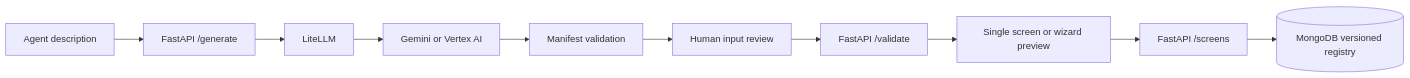
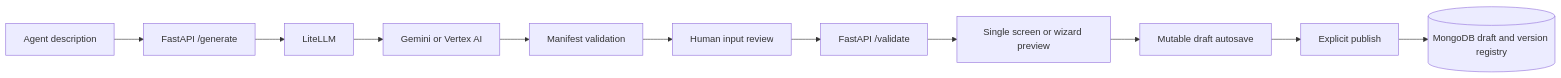
One commit to nerve-sparks/ScreenConfigurator changed the diagram in README.md. Above: the diagram before and after it, drawn with Mermaid. The commit also changed other lines of this file and 14 other files, not shown here.

Commit message:
feat: add draft autosave and immutable publishing workflow

````diff
--- a/README.md
+++ b/README.md
@@ -36,12 +36,13 @@
 ```mermaid
 flowchart LR
     A[Agent description] --> B[FastAPI /generate]
     B --> C[LiteLLM]
     C --> D[Gemini or Vertex AI]
     D --> E[Manifest validation]
     E --> F[Human input review]
     F --> G[FastAPI /validate]
     G --> H[Single screen or wizard preview]
-    H --> I[FastAPI /screens]
-    I --> J[(MongoDB versioned registry)]
+    H --> I[Mutable draft autosave]
+    I --> J[Explicit publish]
+    J --> K[(MongoDB draft and version registry)]
 ```
````
